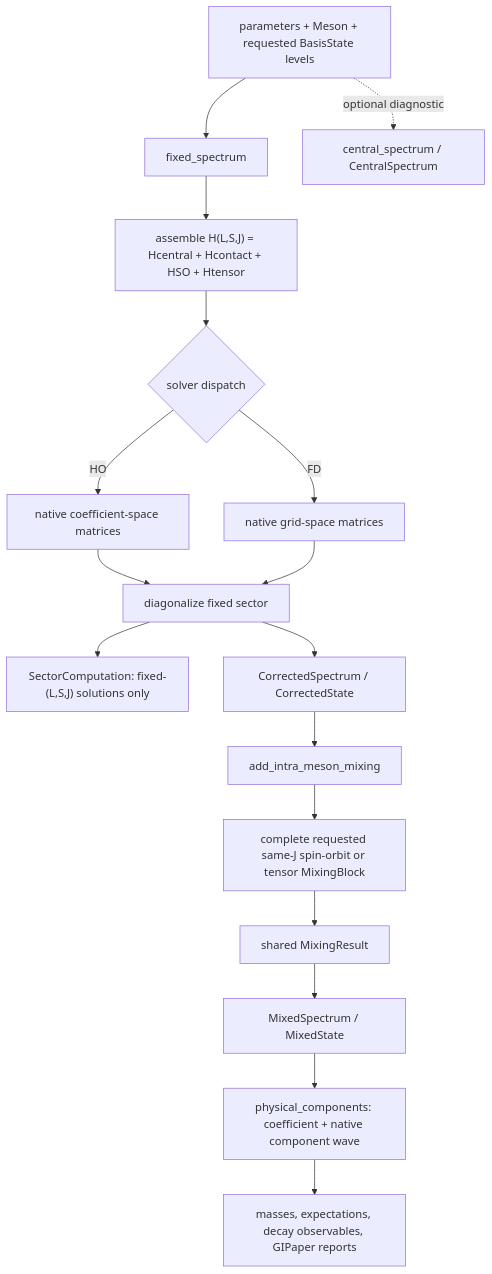
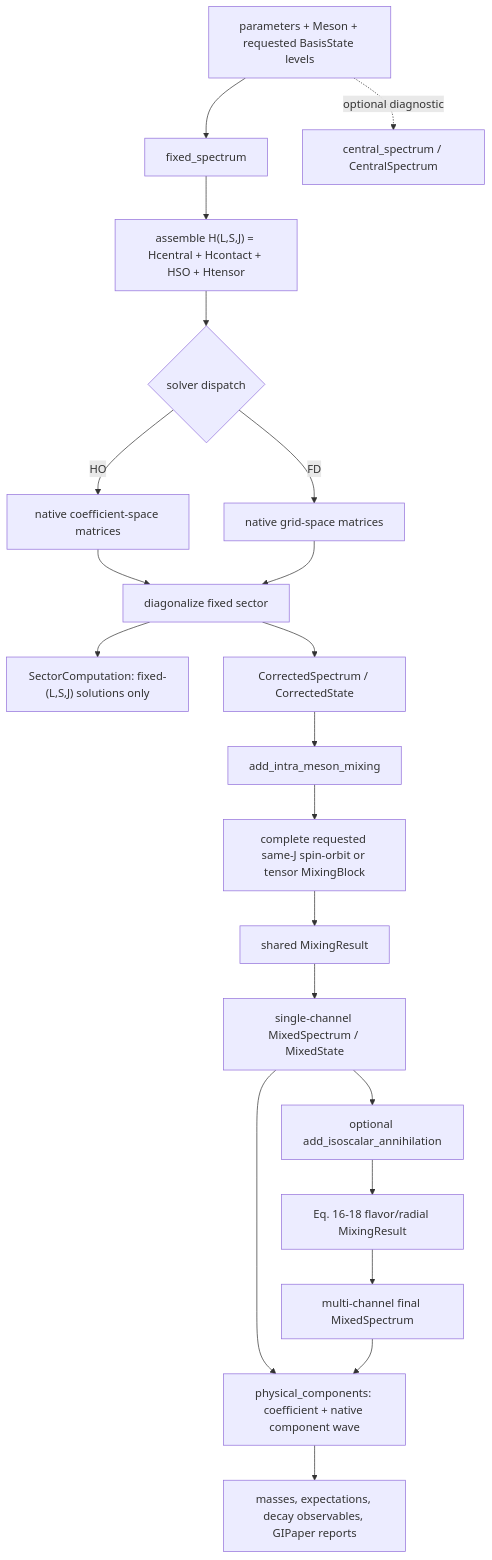
The second of 2 diagrams in docs/code_architecture.md (mmikhasenko/GIModel.jl), drawn with Mermaid before and after one commit. The commit also changed other lines of this file and 31 other files, not shown here.

Commit message:
Complete PA-16 final-state flavor mixing

````diff
--- a/docs/code_architecture.md
+++ b/docs/code_architecture.md
@@ -59,19 +59,23 @@
 ```mermaid
 flowchart TD
   I["parameters + Meson + requested BasisState levels"] --> F["fixed_spectrum"]
   I -. "optional diagnostic" .-> C["central_spectrum / CentralSpectrum"]
   F --> H["assemble H(L,S,J) = Hcentral + Hcontact + HSO + Htensor"]
   H --> HD{"solver dispatch"}
   HD -->|"HO"| HM["native coefficient-space matrices"]
   HD -->|"FD"| FM["native grid-space matrices"]
   HM --> RS["diagonalize fixed sector"]
   FM --> RS
   RS --> RC["SectorComputation: fixed-(L,S,J) solutions only"]
   RS --> COR["CorrectedSpectrum / CorrectedState"]
   COR --> B["add_intra_meson_mixing"]
   B --> MB["complete requested same-J spin-orbit or tensor MixingBlock"]
   MB --> MR["shared MixingResult"]
-  MR --> MS["MixedSpectrum / MixedState"]
+  MR --> MS["single-channel MixedSpectrum / MixedState"]
+  MS --> ISO["optional add_isoscalar_annihilation"]
+  ISO --> AM["Eq. 16-18 flavor/radial MixingResult"]
+  AM --> FS["multi-channel final MixedSpectrum"]
   MS --> PC["physical_components: coefficient + native component wave"]
+  FS --> PC
   PC --> OUT["masses, expectations, decay observables, GIPaper reports"]
 ```
````
